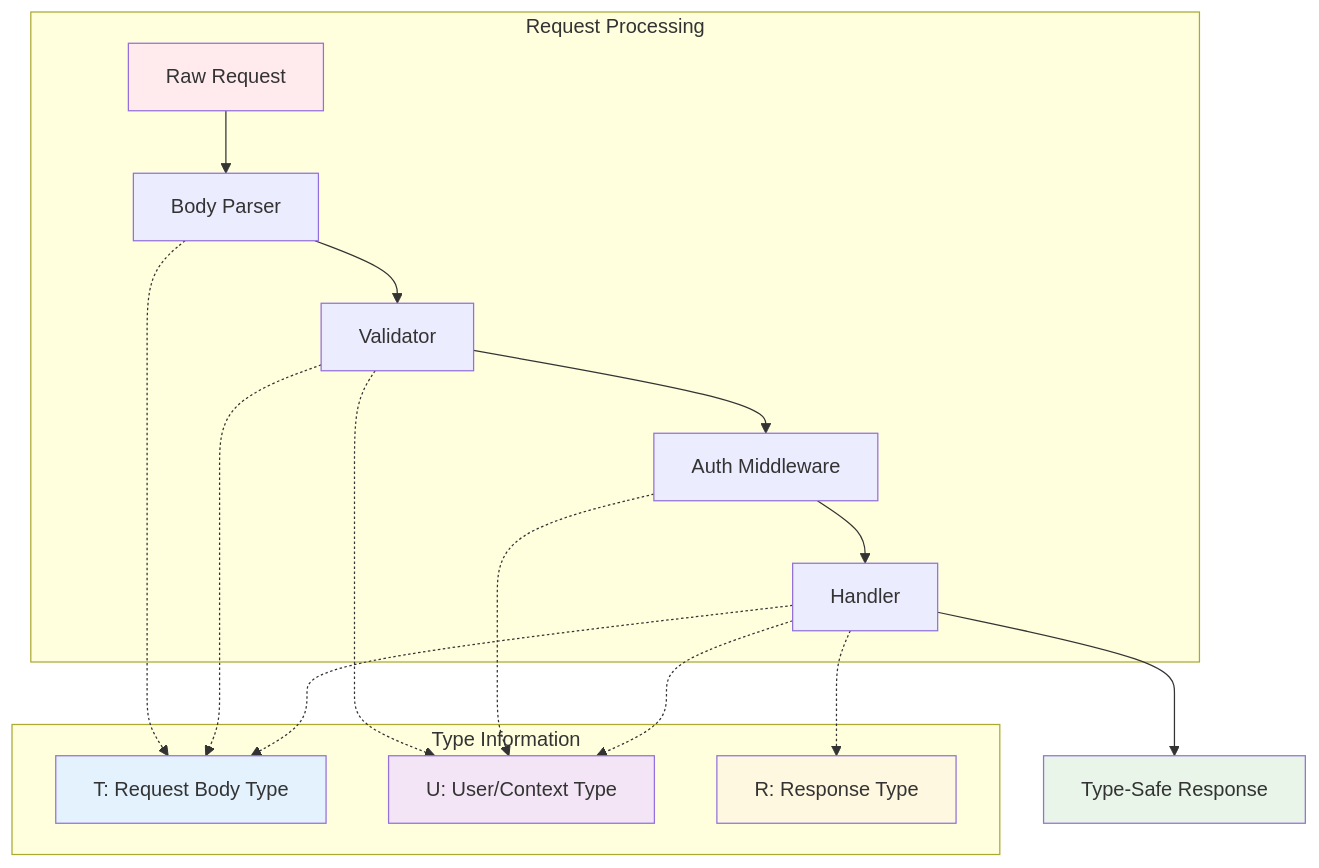
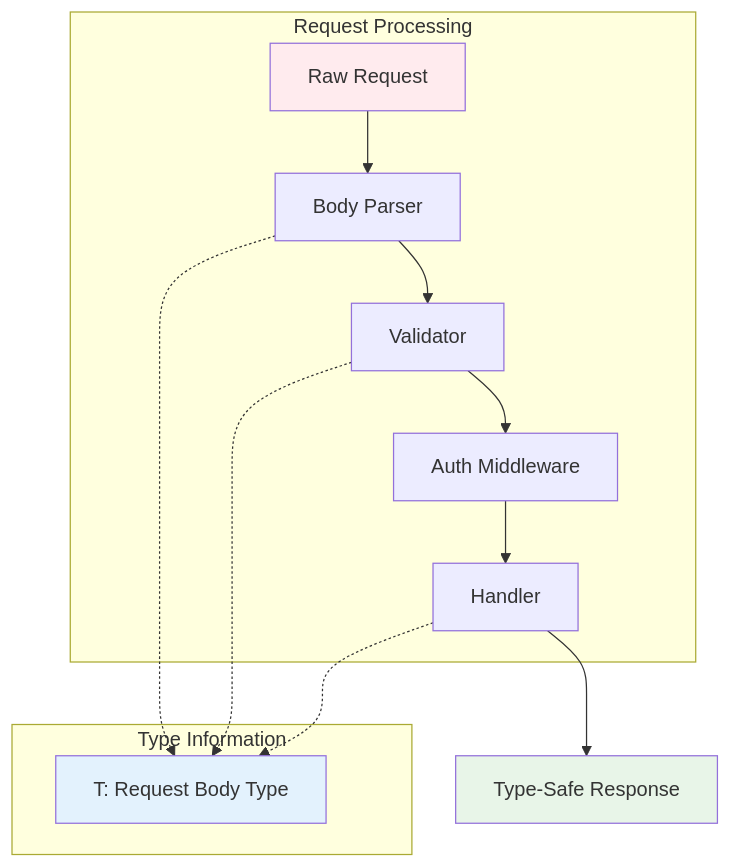
One commit to noony-serverless/noony-docs changed the fourth of 5 diagrams in noony-doc/core-concepts/architecture-overview.md. Above: the diagram before and after it, drawn with Mermaid. The commit also changed 19 other files, not shown here.

First line of the commit message:
chore: update queryParametersMiddleware documentation and improve type safety

````diff
--- a/noony-doc/core-concepts/architecture-overview.md
+++ b/noony-doc/core-concepts/architecture-overview.md
@@ -100,31 +100,23 @@
 ```mermaid
 flowchart TB
     subgraph "Request Processing"
         A[Raw Request] --> B[Body Parser<T>]
-        B --> C[Validator<T, U>]
-        C --> D[Auth Middleware<U>]
-        D --> E[Handler<T, U, R>]
+        B --> C[Validator<T>]
+        C --> D[Auth Middleware]
+        D --> E[Handler<T>]
     end
     
     subgraph "Type Information"
         F[T: Request Body Type]
-        G[U: User/Context Type]
-        H[R: Response Type]
     end
     
     B -.-> F
     C -.-> F
-    C -.-> G
-    D -.-> G
     E -.-> F
-    E -.-> G
-    E -.-> H
     
-    E --> I[Type-Safe Response<R>]
+    E --> I[Type-Safe Response]
     
     style A fill:#ffebee
     style I fill:#e8f5e8
     style F fill:#e3f2fd
-    style G fill:#f3e5f5
-    style H fill:#fff8e1
 ```
````
